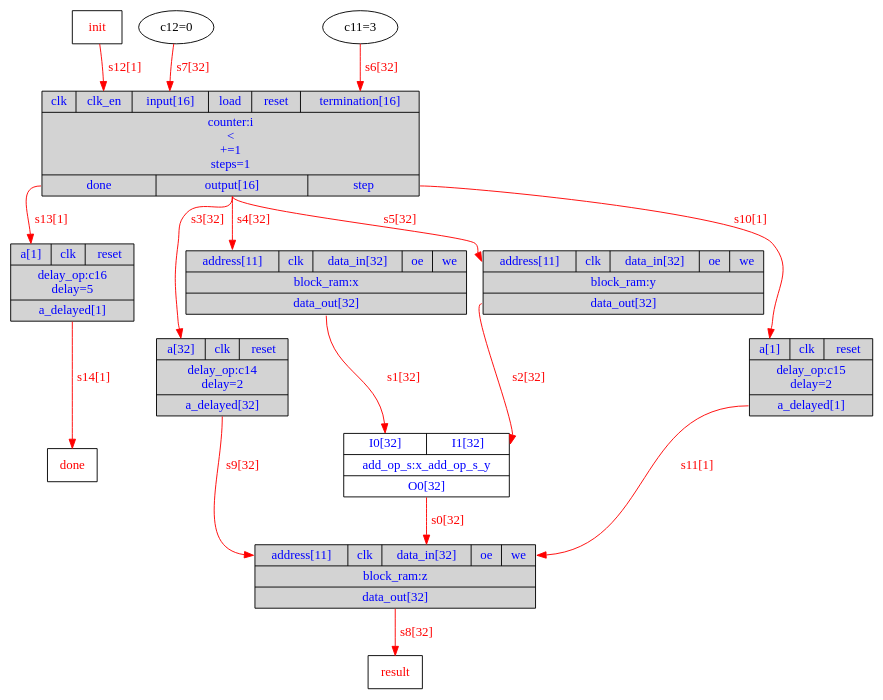
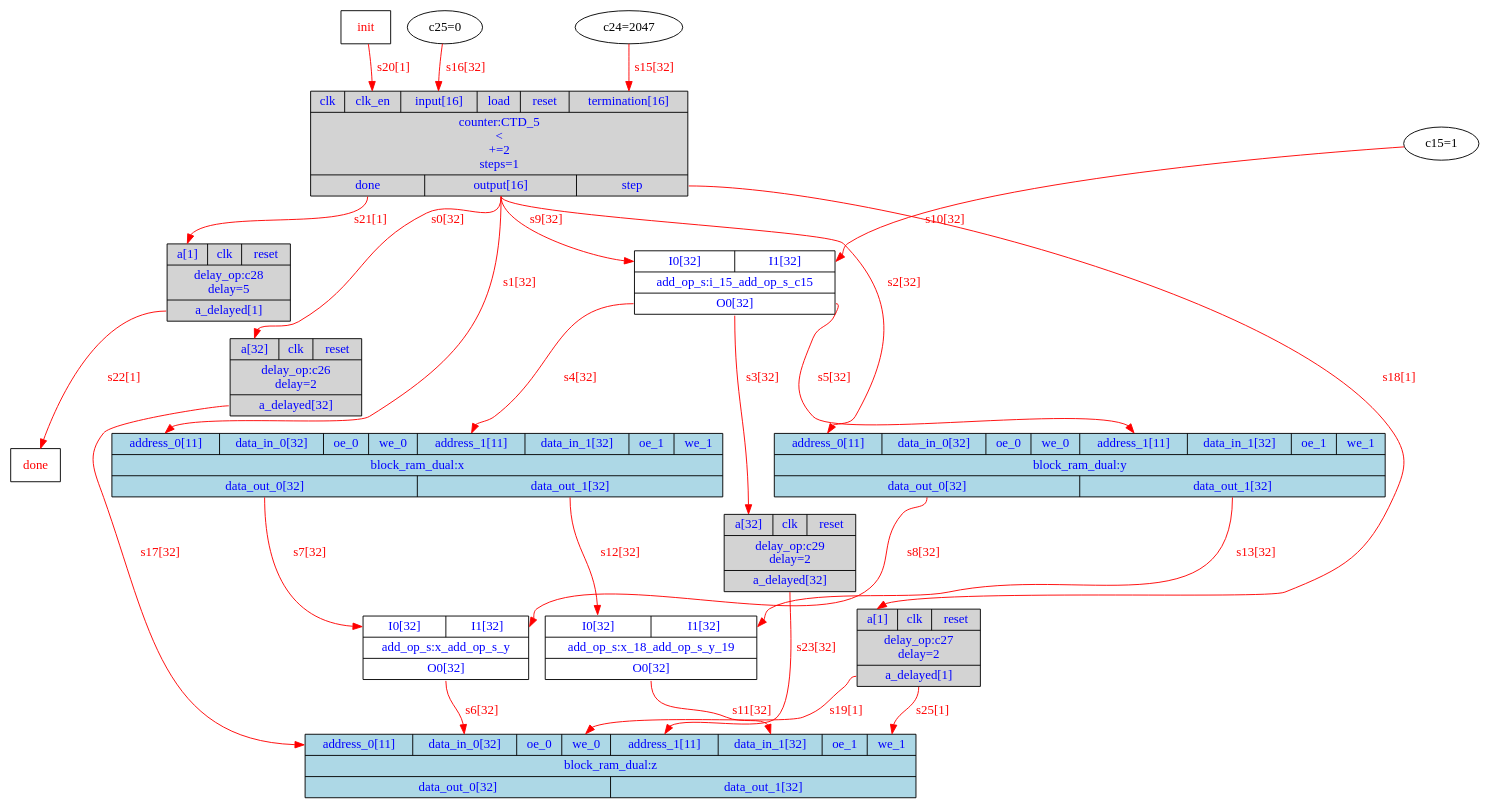
Before and after one commit to menotti/lalp: the diagram in branches/LALPC/Exemplos/vecsum/DOT/Exemplo_HW.dot, drawn with Graphviz. The commit also changed 20 other files, not shown here.

```diff
--- a/branches/LALPC/Exemplos/vecsum/DOT/Exemplo_HW.dot
+++ b/branches/LALPC/Exemplos/vecsum/DOT/Exemplo_HW.dot
@@ -1,27 +1,39 @@
 digraph diagram {
 // Components (Nodes) 
-"i" [shape=record, fontcolor=blue, style="filled", fillcolor="lightgray", label="{{<clk>clk|<clk_en>clk_en|<input>input[16]|<load>load|<reset>reset|<termination>termination[16]}|counter:i\n\<\n+=1\nsteps=1|{<done>done|<output>output[16]|<step>step}}"]; 
-"z" [shape=record, fontcolor=blue, style="filled", fillcolor="lightgray", label="{{<address>address[11]|<clk>clk|<data_in>data_in[32]|<oe>oe|<we>we}|block_ram:z|{<data_out>data_out[32]}}"]; 
+"CTD_5" [shape=record, fontcolor=blue, style="filled", fillcolor="lightgray", label="{{<clk>clk|<clk_en>clk_en|<input>input[16]|<load>load|<reset>reset|<termination>termination[16]}|counter:CTD_5\n\<\n+=2\nsteps=1|{<done>done|<output>output[16]|<step>step}}"]; 
 "x_add_op_s_y" [shape=record, fontcolor=blue, label="{{<I0>I0[32]|<I1>I1[32]}|add_op_s:x_add_op_s_y|{<O0>O0[32]}}"]; 
-"x" [shape=record, fontcolor=blue, style="filled", fillcolor="lightgray", label="{{<address>address[11]|<clk>clk|<data_in>data_in[32]|<oe>oe|<we>we}|block_ram:x|{<data_out>data_out[32]}}"]; 
-"y" [shape=record, fontcolor=blue, style="filled", fillcolor="lightgray", label="{{<address>address[11]|<clk>clk|<data_in>data_in[32]|<oe>oe|<we>we}|block_ram:y|{<data_out>data_out[32]}}"]; 
-"init" [shape=msquare fontcolor=red label="init"]"done" [shape=msquare fontcolor=red label="done"]"c11" [fontcolor=b label="c11=3"]"c12" [fontcolor=b label="c12=0"]"result" [shape=msquare fontcolor=red label="result"]"c14" [shape=record, fontcolor=blue, style="filled", fillcolor="lightgray", label="{{<a>a[32]|<clk>clk|<reset>reset}|delay_op:c14\ndelay=2|{<a_delayed>a_delayed[32]}}"]; 
-"c15" [shape=record, fontcolor=blue, style="filled", fillcolor="lightgray", label="{{<a>a[1]|<clk>clk|<reset>reset}|delay_op:c15\ndelay=2|{<a_delayed>a_delayed[1]}}"]; 
-"c16" [shape=record, fontcolor=blue, style="filled", fillcolor="lightgray", label="{{<a>a[1]|<clk>clk|<reset>reset}|delay_op:c16\ndelay=5|{<a_delayed>a_delayed[1]}}"]; 
+"i_15_add_op_s_c15" [shape=record, fontcolor=blue, label="{{<I0>I0[32]|<I1>I1[32]}|add_op_s:i_15_add_op_s_c15|{<O0>O0[32]}}"]; 
+"c15" [fontcolor=b label="c15=1"]"x_18_add_op_s_y_19" [shape=record, fontcolor=blue, label="{{<I0>I0[32]|<I1>I1[32]}|add_op_s:x_18_add_op_s_y_19|{<O0>O0[32]}}"]; 
+"init" [shape=msquare fontcolor=red label="init"]"done" [shape=msquare fontcolor=red label="done"]"c24" [fontcolor=b label="c24=2047"]"c25" [fontcolor=b label="c25=0"]"c26" [shape=record, fontcolor=blue, style="filled", fillcolor="lightgray", label="{{<a>a[32]|<clk>clk|<reset>reset}|delay_op:c26\ndelay=2|{<a_delayed>a_delayed[32]}}"]; 
+"c27" [shape=record, fontcolor=blue, style="filled", fillcolor="lightgray", label="{{<a>a[1]|<clk>clk|<reset>reset}|delay_op:c27\ndelay=2|{<a_delayed>a_delayed[1]}}"]; 
+"c28" [shape=record, fontcolor=blue, style="filled", fillcolor="lightgray", label="{{<a>a[1]|<clk>clk|<reset>reset}|delay_op:c28\ndelay=5|{<a_delayed>a_delayed[1]}}"]; 
+"c29" [shape=record, fontcolor=blue, style="filled", fillcolor="lightgray", label="{{<a>a[32]|<clk>clk|<reset>reset}|delay_op:c29\ndelay=2|{<a_delayed>a_delayed[32]}}"]; 
+"z" [shape=record, fontcolor=blue, style="filled", fillcolor="lightblue", label="{{<address_0>address_0[11]|<data_in_0>data_in_0[32]|<oe_0>oe_0|<we_0>we_0|<address_1>address_1[11]|<data_in_1>data_in_1[32]|<oe_1>oe_1|<we_1>we_1}|block_ram_dual:z|{<data_out_0>data_out_0[32]|<data_out_1>data_out_1[32]}}"]; 
+"x" [shape=record, fontcolor=blue, style="filled", fillcolor="lightblue", label="{{<address_0>address_0[11]|<data_in_0>data_in_0[32]|<oe_0>oe_0|<we_0>we_0|<address_1>address_1[11]|<data_in_1>data_in_1[32]|<oe_1>oe_1|<we_1>we_1}|block_ram_dual:x|{<data_out_0>data_out_0[32]|<data_out_1>data_out_1[32]}}"]; 
+"y" [shape=record, fontcolor=blue, style="filled", fillcolor="lightblue", label="{{<address_0>address_0[11]|<data_in_0>data_in_0[32]|<oe_0>oe_0|<we_0>we_0|<address_1>address_1[11]|<data_in_1>data_in_1[32]|<oe_1>oe_1|<we_1>we_1}|block_ram_dual:y|{<data_out_0>data_out_0[32]|<data_out_1>data_out_1[32]}}"]; 
 // Signals (Edges) 
-"x_add_op_s_y":O0 -> "z":data_in[label="s0[32]" color=red fontcolor=red]; 
-"x":data_out -> "x_add_op_s_y":I0[label="s1[32]" color=red fontcolor=red]; 
-"y":data_out -> "x_add_op_s_y":I1[label="s2[32]" color=red fontcolor=red]; 
-"i":output -> "c14":a[label="s3[32]" color=red fontcolor=red]; 
-"i":output -> "x":address[label="s4[32]" color=red fontcolor=red]; 
-"i":output -> "y":address[label="s5[32]" color=red fontcolor=red]; 
-"c11":out -> "i":termination[label="s6[32]" color=red fontcolor=red]; 
-"c12":out -> "i":input[label="s7[32]" color=red fontcolor=red]; 
-"z":data_out -> "result":in[label="s8[32]" color=red fontcolor=red]; 
-"c14":a_delayed -> "z":address[label="s9[32]" color=red fontcolor=red]; 
-"i":step -> "c15":a[label="s10[1]" color=red fontcolor=red]; 
-"c15":a_delayed -> "z":we[label="s11[1]" color=red fontcolor=red]; 
-"init":out -> "i":clk_en[label="s12[1]" color=red fontcolor=red]; 
-"i":done -> "c16":a[label="s13[1]" color=red fontcolor=red]; 
-"c16":a_delayed -> "done":in[label="s14[1]" color=red fontcolor=red]; 
+"CTD_5":output -> "c26":a[label="s0[32]" color=red fontcolor=red]; 
+"CTD_5":output -> "x":address_0[label="s1[32]" color=red fontcolor=red]; 
+"CTD_5":output -> "y":address_0[label="s2[32]" color=red fontcolor=red]; 
+"i_15_add_op_s_c15":O0 -> "c29":a[label="s3[32]" color=red fontcolor=red]; 
+"i_15_add_op_s_c15":O0 -> "x":address_1[label="s4[32]" color=red fontcolor=red]; 
+"i_15_add_op_s_c15":O0 -> "y":address_1[label="s5[32]" color=red fontcolor=red]; 
+"x_add_op_s_y":O0 -> "z":data_in_0[label="s6[32]" color=red fontcolor=red]; 
+"x":data_out_0 -> "x_add_op_s_y":I0[label="s7[32]" color=red fontcolor=red]; 
+"y":data_out_0 -> "x_add_op_s_y":I1[label="s8[32]" color=red fontcolor=red]; 
+"CTD_5":output -> "i_15_add_op_s_c15":I0[label="s9[32]" color=red fontcolor=red]; 
+"c15":out -> "i_15_add_op_s_c15":I1[label="s10[32]" color=red fontcolor=red]; 
+"x_18_add_op_s_y_19":O0 -> "z":data_in_1[label="s11[32]" color=red fontcolor=red]; 
+"x":data_out_1 -> "x_18_add_op_s_y_19":I0[label="s12[32]" color=red fontcolor=red]; 
+"y":data_out_1 -> "x_18_add_op_s_y_19":I1[label="s13[32]" color=red fontcolor=red]; 
+"c24":out -> "CTD_5":termination[label="s15[32]" color=red fontcolor=red]; 
+"c25":out -> "CTD_5":input[label="s16[32]" color=red fontcolor=red]; 
+"c26":a_delayed -> "z":address_0[label="s17[32]" color=red fontcolor=red]; 
+"CTD_5":step -> "c27":a[label="s18[1]" color=red fontcolor=red]; 
+"c27":a_delayed -> "z":we_0[label="s19[1]" color=red fontcolor=red]; 
+"init":out -> "CTD_5":clk_en[label="s20[1]" color=red fontcolor=red]; 
+"CTD_5":done -> "c28":a[label="s21[1]" color=red fontcolor=red]; 
+"c28":a_delayed -> "done":in[label="s22[1]" color=red fontcolor=red]; 
+"c29":a_delayed -> "z":address_1[label="s23[32]" color=red fontcolor=red]; 
+"c27":a_delayed -> "z":we_1[label="s25[1]" color=red fontcolor=red]; 
 }
```
